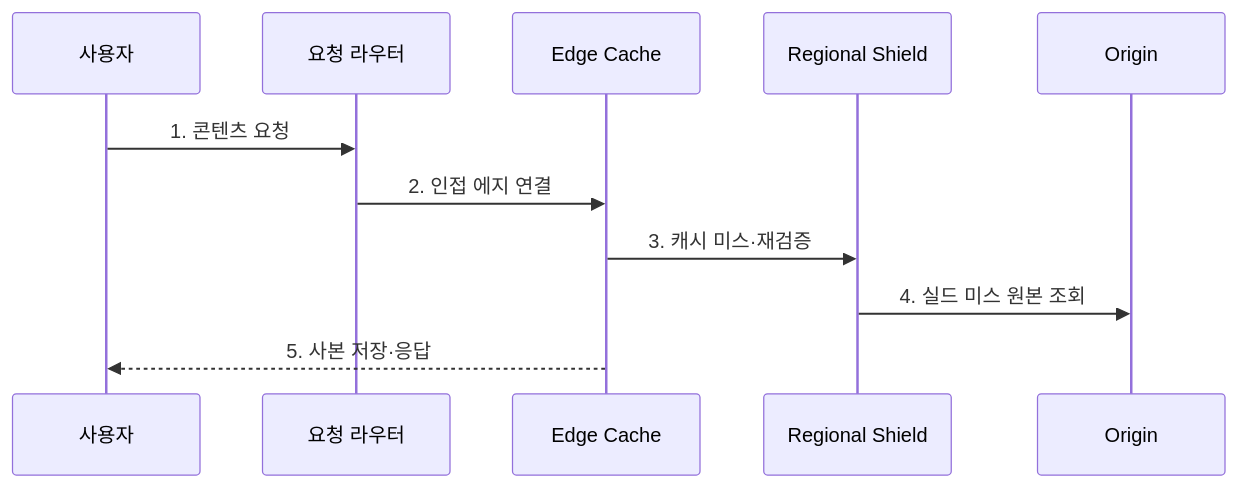
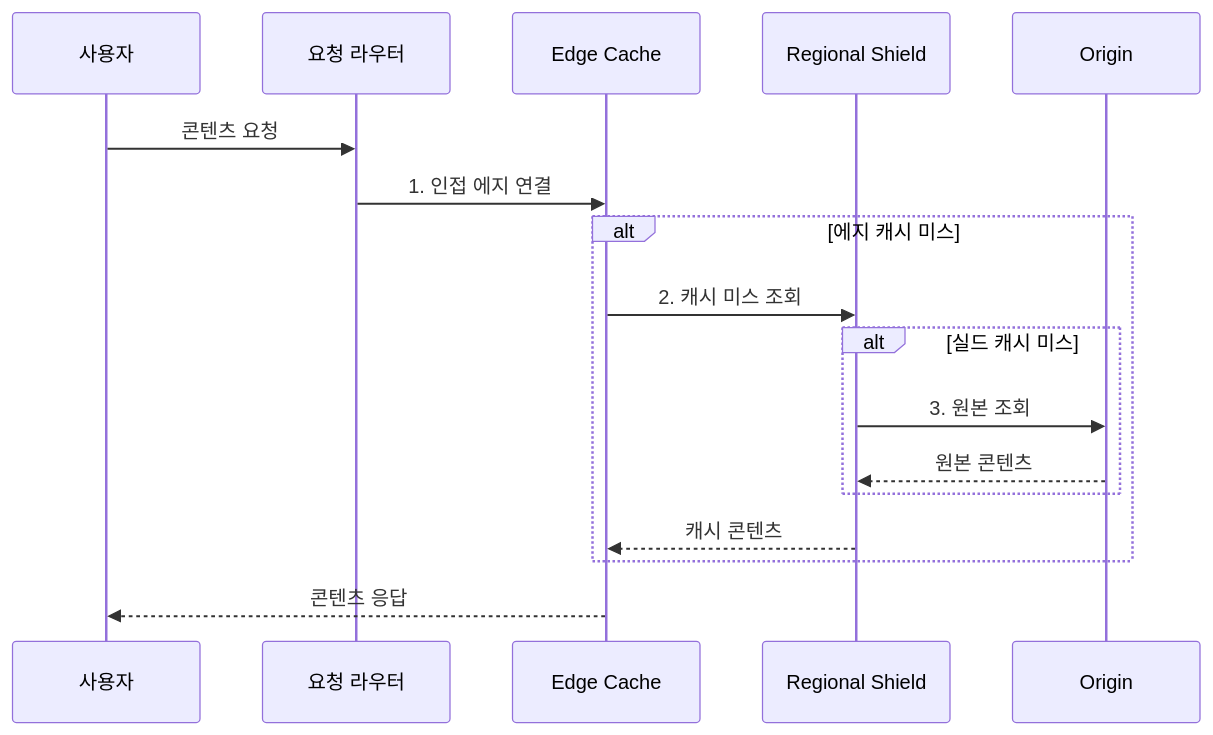
Before and after one commit to agnusdei1207/knowledge-base: the second of 2 diagrams in src/content/docs/notes/03-software/181_cdn.md, drawn with Mermaid. The commit also changed other lines of this file and 20 other files, not shown here.

````diff
--- a/src/content/docs/notes/03-software/181_cdn.md
+++ b/src/content/docs/notes/03-software/181_cdn.md
@@ -83,13 +89,19 @@
 ```mermaid
 sequenceDiagram
     participant U as 사용자
     participant R as 요청 라우터
     participant E as Edge Cache
     participant S as Regional Shield
     participant O as Origin
-    U->>R: 1. 콘텐츠 요청
-    R->>E: 2. 인접 에지 연결
-    E->>S: 3. 캐시 미스·재검증
-    S->>O: 4. 실드 미스 원본 조회
-    E-->>U: 5. 사본 저장·응답
+    U->>R: 콘텐츠 요청
+    R->>E: 1. 인접 에지 연결
+    alt 에지 캐시 미스
+        E->>S: 2. 캐시 미스 조회
+        alt 실드 캐시 미스
+            S->>O: 3. 원본 조회
+            O-->>S: 원본 콘텐츠
+        end
+        S-->>E: 캐시 콘텐츠
+    end
+    E-->>U: 콘텐츠 응답
 ```
````
